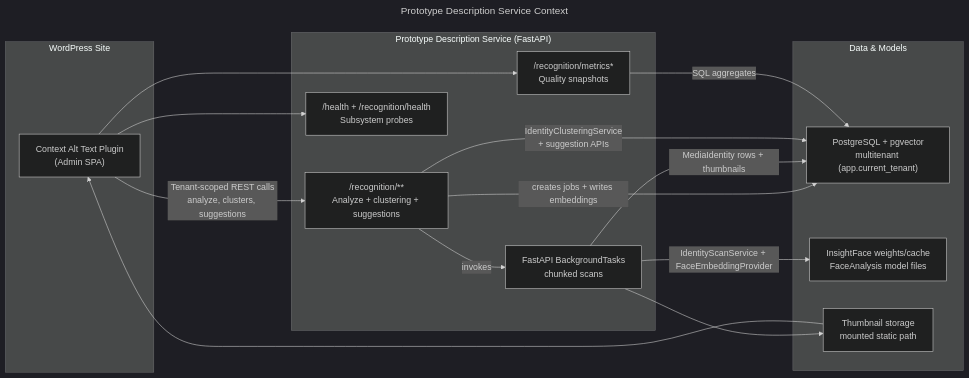
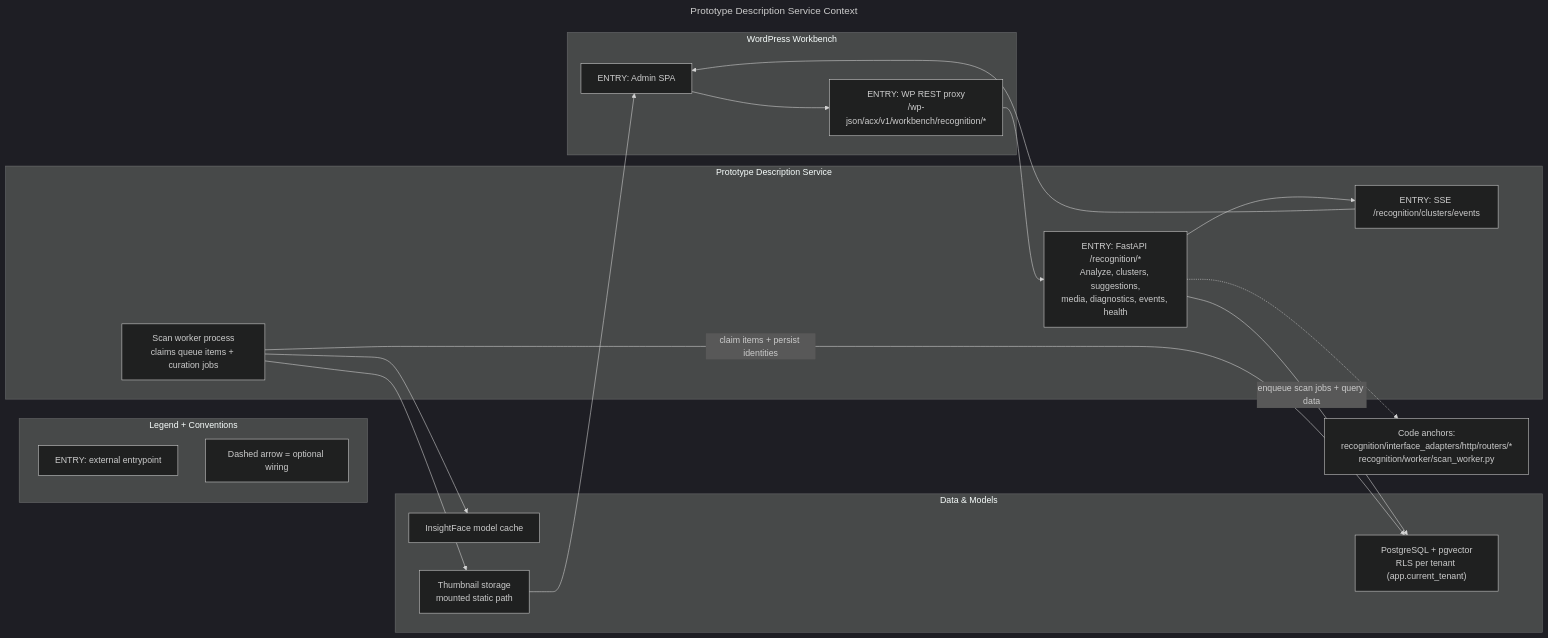
The diagram in docs/architecture/backend-uml/context.mmd (darce/context-alt-text-monorepo), drawn with Mermaid (dark theme) before and after one commit. The commit also changed 31 other files, not shown here.

Commit message:
docs(architecture): update backend UML diagrams and API contracts

```diff
--- a/docs/architecture/backend-uml/context.mmd
+++ b/docs/architecture/backend-uml/context.mmd
@@ -1,34 +1,38 @@
 ---
 title: Prototype Description Service Context
 ---
 flowchart LR
-    subgraph client["WordPress Site"]
-        wp_plugin["Context Alt Text Plugin\n(Admin SPA)"]
+    subgraph Legend["Legend + Conventions"]
+        direction TB
+        LegendEntry["ENTRY: external entrypoint"]
+        LegendOptional["Dashed arrow = optional wiring"]
     end
 
-    subgraph service["Prototype Description Service (FastAPI)"]
-        recognition_api["/recognition/**\nAnalyze + clustering + suggestions"]
-        metrics_api["/recognition/metrics*\nQuality snapshots"]
-        health_api["/health + /recognition/health\nSubsystem probes"]
-        background_tasks["FastAPI BackgroundTasks\nchunked scans"]
+    subgraph client["WordPress Workbench"]
+        wp_spa["ENTRY: Admin SPA"]
+        wp_proxy["ENTRY: WP REST proxy\n/wp-json/acx/v1/workbench/recognition/*"]
+    end
+
+    subgraph service["Prototype Description Service"]
+        recognition_api["ENTRY: FastAPI /recognition/*\nAnalyze, clusters, suggestions,\nmedia, diagnostics, events, health"]
+        sse["ENTRY: SSE /recognition/clusters/events"]
+        scan_worker["Scan worker process\nclaims queue items + curation jobs"]
     end
 
     subgraph data_plane["Data & Models"]
-        postgres["PostgreSQL + pgvector\nmultitenant (app.current_tenant)"]
-        model_weights["InsightFace weights/cache\nFaceAnalysis model files"]
+        postgres["PostgreSQL + pgvector\nRLS per tenant (app.current_tenant)"]
+        model_weights["InsightFace model cache"]
         thumbnails["Thumbnail storage\nmounted static path"]
     end
 
-    wp_plugin -->|Tenant-scoped REST calls\nanalyze, clusters, suggestions| recognition_api
-    wp_plugin --> metrics_api
-    wp_plugin --> health_api
+    wp_spa --> wp_proxy --> recognition_api
+    recognition_api --> sse --> wp_spa
 
-    recognition_api -->|creates jobs + writes embeddings| postgres
-    recognition_api -->|invokes| background_tasks
-    background_tasks -->|IdentityScanService + FaceEmbeddingProvider| model_weights
-    background_tasks -->|MediaIdentity rows + thumbnails| postgres
-    background_tasks --> thumbnails
+    recognition_api -->|enqueue scan jobs + query data| postgres
+    scan_worker -->|claim items + persist identities| postgres
+    scan_worker --> model_weights
+    scan_worker --> thumbnails
+    thumbnails --> wp_spa
 
-    recognition_api -->|IdentityClusteringService\n+ suggestion APIs| postgres
-    metrics_api -->|SQL aggregates| postgres
-    thumbnails --> wp_plugin
+    ApiCode["Code anchors:\nrecognition/interface_adapters/http/routers/*\nrecognition/worker/scan_worker.py"]
+    recognition_api -.-> ApiCode
```
